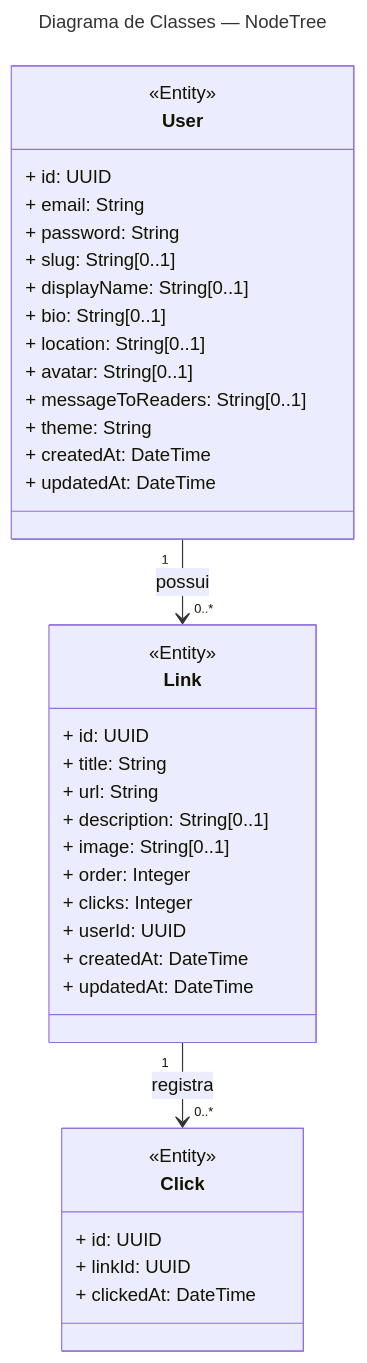
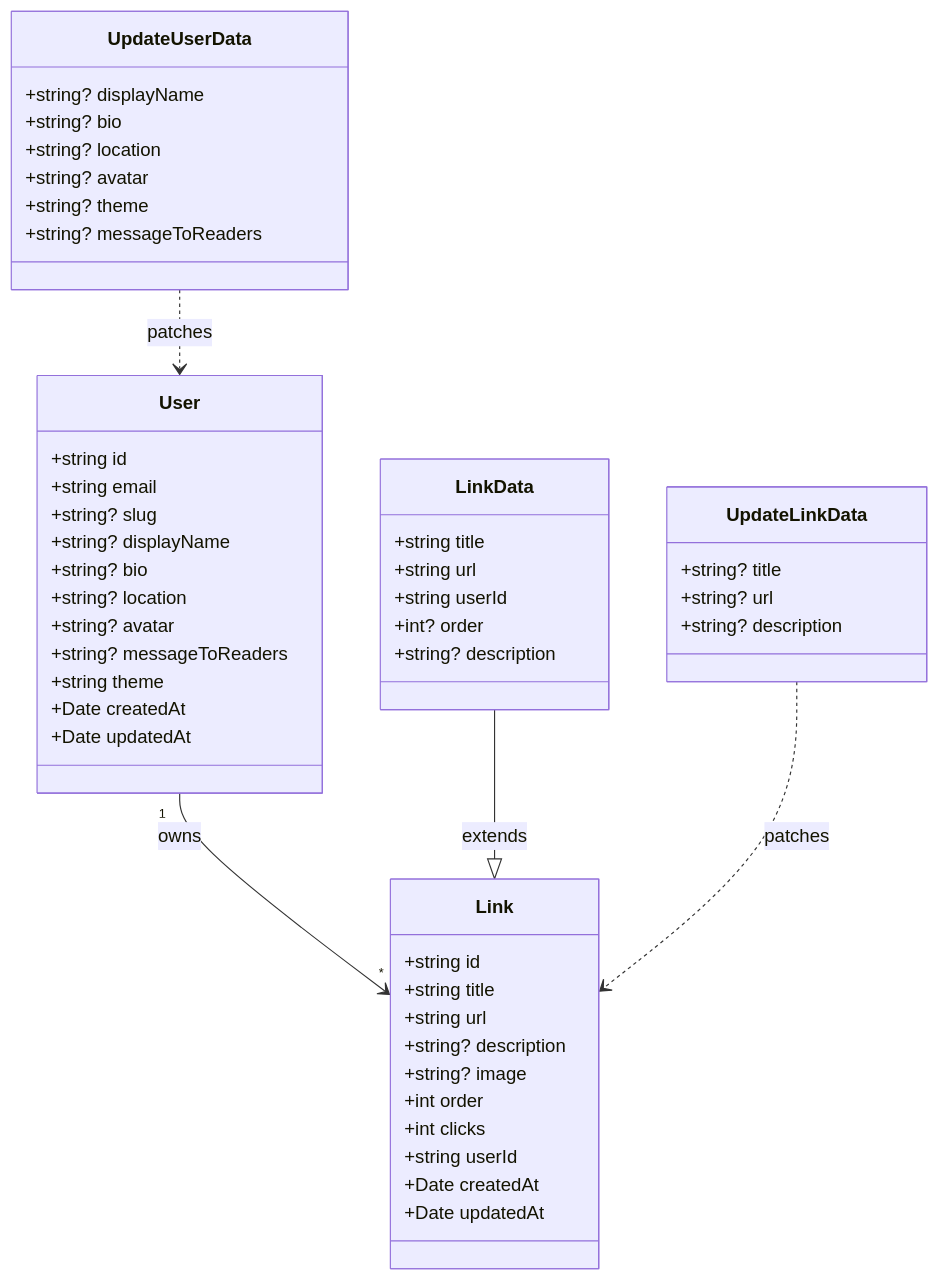
The diagram in .docs/diagrama-classes.md (ddamaceno/NodeTree), drawn with Mermaid before and after one commit. The commit also changed other lines of this file, not shown here.

Commit message:
docs: replace class diagram with exact TypeScript version

````diff
--- a/.docs/diagrama-classes.md
+++ b/.docs/diagrama-classes.md
@@ -3,45 +3,57 @@
 ```mermaid
----
-title: Diagrama de Classes — NodeTree
----
 classDiagram
     class User {
-        <<Entity>>
-        + id: UUID
-        + email: String
-        + password: String
-        + slug: String[0..1]
-        + displayName: String[0..1]
-        + bio: String[0..1]
-        + location: String[0..1]
-        + avatar: String[0..1]
-        + messageToReaders: String[0..1]
-        + theme: String
-        + createdAt: DateTime
-        + updatedAt: DateTime
+        +string id
+        +string email
+        +string? slug
+        +string? displayName
+        +string? bio
+        +string? location
+        +string? avatar
+        +string? messageToReaders
+        +string theme
+        +Date createdAt
+        +Date updatedAt
     }
 
     class Link {
-        <<Entity>>
-        + id: UUID
-        + title: String
-        + url: String
-        + description: String[0..1]
-        + image: String[0..1]
-        + order: Integer
-        + clicks: Integer
-        + userId: UUID
-        + createdAt: DateTime
-        + updatedAt: DateTime
+        +string id
+        +string title
+        +string url
+        +string? description
+        +string? image
+        +int order
+        +int clicks
+        +string userId
+        +Date createdAt
+        +Date updatedAt
     }
 
-    class Click {
-        <<Entity>>
-        + id: UUID
-        + linkId: UUID
-        + clickedAt: DateTime
+    class LinkData {
+        +string title
+        +string url
+        +string userId
+        +int? order
+        +string? description
     }
 
-    User "1" --> "0..*" Link : possui
-    Link "1" --> "0..*" Click : registra
+    class UpdateLinkData {
+        +string? title
+        +string? url
+        +string? description
+    }
+
+    class UpdateUserData {
+        +string? displayName
+        +string? bio
+        +string? location
+        +string? avatar
+        +string? theme
+        +string? messageToReaders
+    }
+
+    User "1" --> "*" Link : owns
+    LinkData --|> Link : extends
+    UpdateLinkData ..> Link : patches
+    UpdateUserData ..> User : patches
 ```
````
